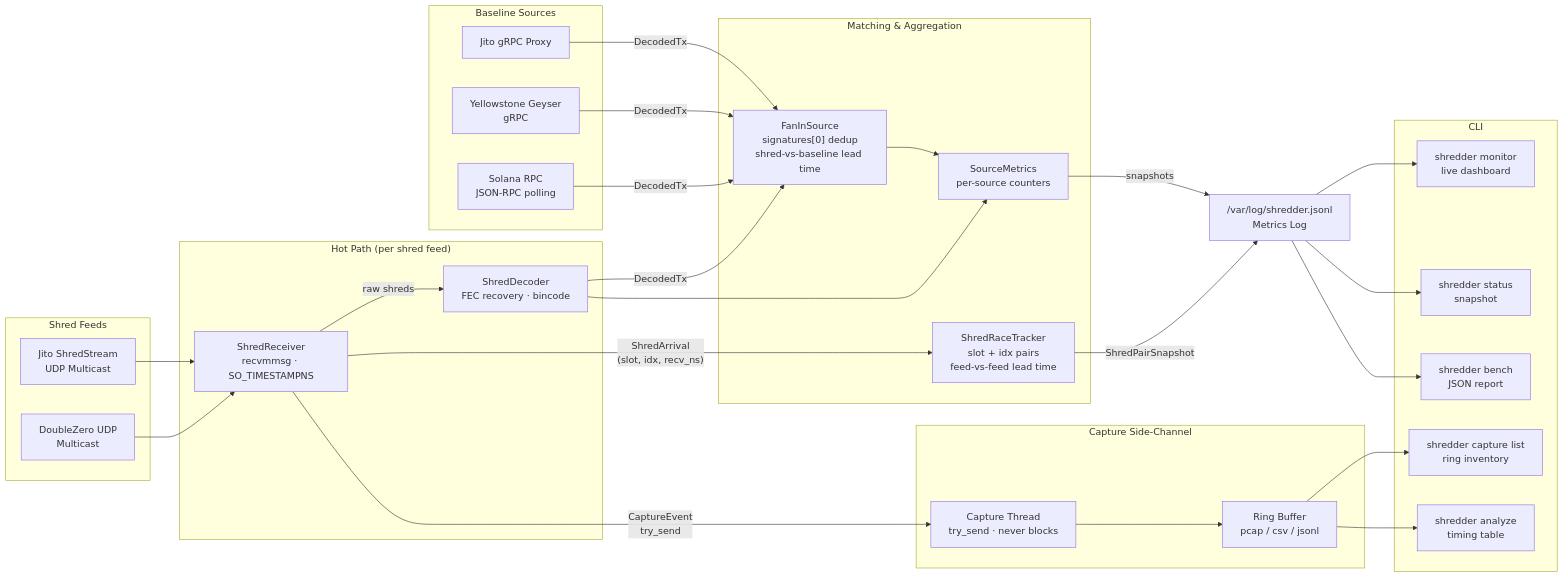
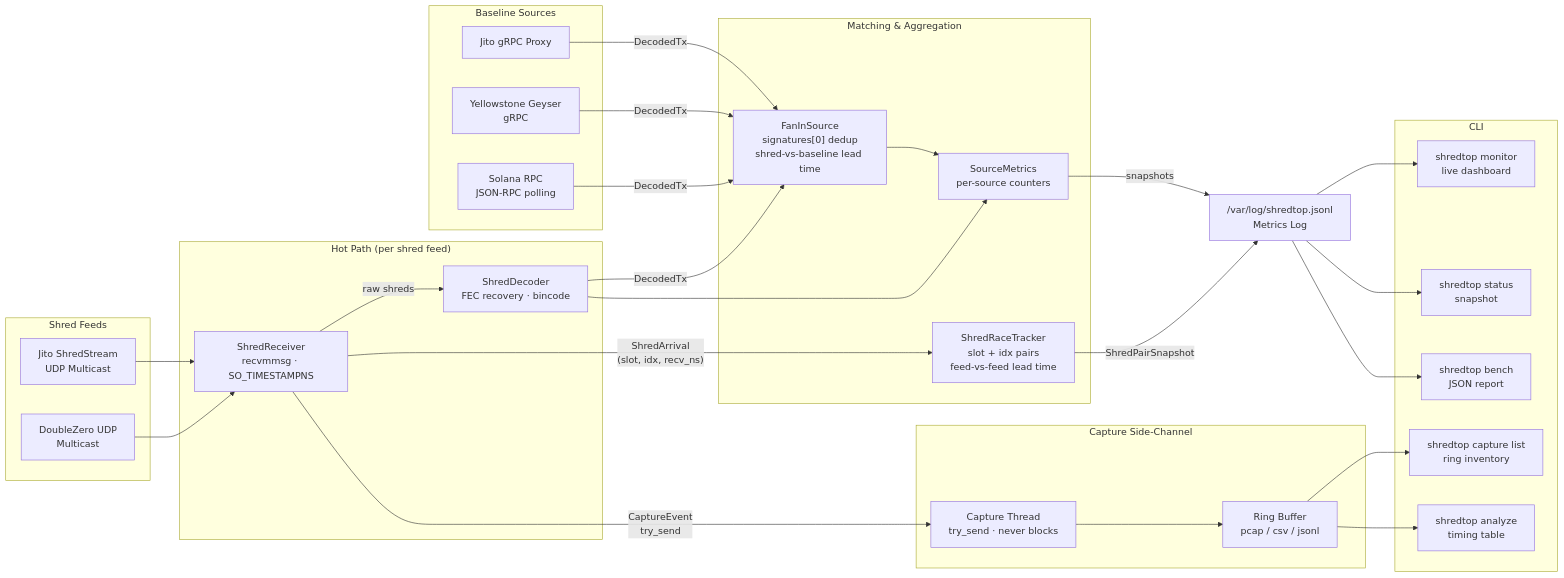
The diagram in README.md (Haruko-Haruhara-GSPB/shredtop), drawn with Mermaid before and after one commit. The commit also changed other lines of this file and 17 other files, not shown here.

Commit message:
Rename product from shredder to shredtop

````diff
--- a/README.md
+++ b/README.md
@@ -44,56 +44,56 @@
 ```mermaid
 flowchart LR
     subgraph Feeds["Shred Feeds"]
         DZ["DoubleZero UDP\nMulticast"]
         JITO_UDP["Jito ShredStream\nUDP Multicast"]
     end
 
     subgraph Baseline["Baseline Sources"]
         RPC["Solana RPC\nJSON-RPC polling"]
         GEY["Yellowstone Geyser\ngRPC"]
         JGRPC["Jito gRPC Proxy"]
     end
 
     subgraph HotPath["Hot Path (per shred feed)"]
         RECV["ShredReceiver\nrecvmmsg · SO_TIMESTAMPNS"]
         DEC["ShredDecoder\nFEC recovery · bincode"]
     end
 
     subgraph CaptureSide["Capture Side-Channel"]
         CAP["Capture Thread\ntry_send · never blocks"]
         RING["Ring Buffer\npcap / csv / jsonl"]
     end
 
     subgraph Agg["Matching & Aggregation"]
         RACE["ShredRaceTracker\nslot + idx pairs\nfeed-vs-feed lead time"]
         FANIN["FanInSource\nsignatures[0] dedup\nshred-vs-baseline lead time"]
         METRICS["SourceMetrics\nper-source counters"]
     end
 
-    LOG["/var/log/shredder.jsonl\nMetrics Log"]
+    LOG["/var/log/shredtop.jsonl\nMetrics Log"]
 
     subgraph CLI["CLI"]
-        MON["shredder monitor\nlive dashboard"]
-        STAT["shredder status\nsnapshot"]
-        BENCH["shredder bench\nJSON report"]
-        CLIST["shredder capture list\nring inventory"]
-        ANA["shredder analyze\ntiming table"]
+        MON["shredtop monitor\nlive dashboard"]
+        STAT["shredtop status\nsnapshot"]
+        BENCH["shredtop bench\nJSON report"]
+        CLIST["shredtop capture list\nring inventory"]
+        ANA["shredtop analyze\ntiming table"]
     end
 
     DZ & JITO_UDP --> RECV
     RECV -->|raw shreds| DEC
     RECV -->|"ShredArrival\n(slot, idx, recv_ns)"| RACE
     RECV -->|"CaptureEvent\ntry_send"| CAP
     CAP --> RING
 
     DEC -->|DecodedTx| FANIN
     DEC --> METRICS
     RPC & GEY & JGRPC -->|DecodedTx| FANIN
     FANIN --> METRICS
 
     RACE -->|ShredPairSnapshot| LOG
     METRICS -->|snapshots| LOG
 
     LOG --> MON & STAT & BENCH
     RING --> CLIST & ANA
 ```
````
